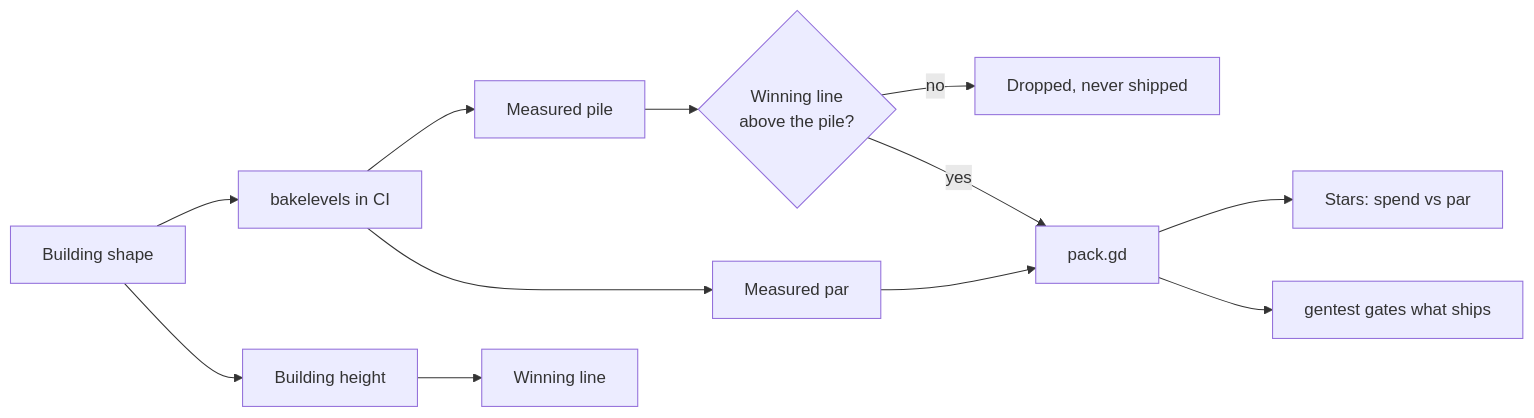
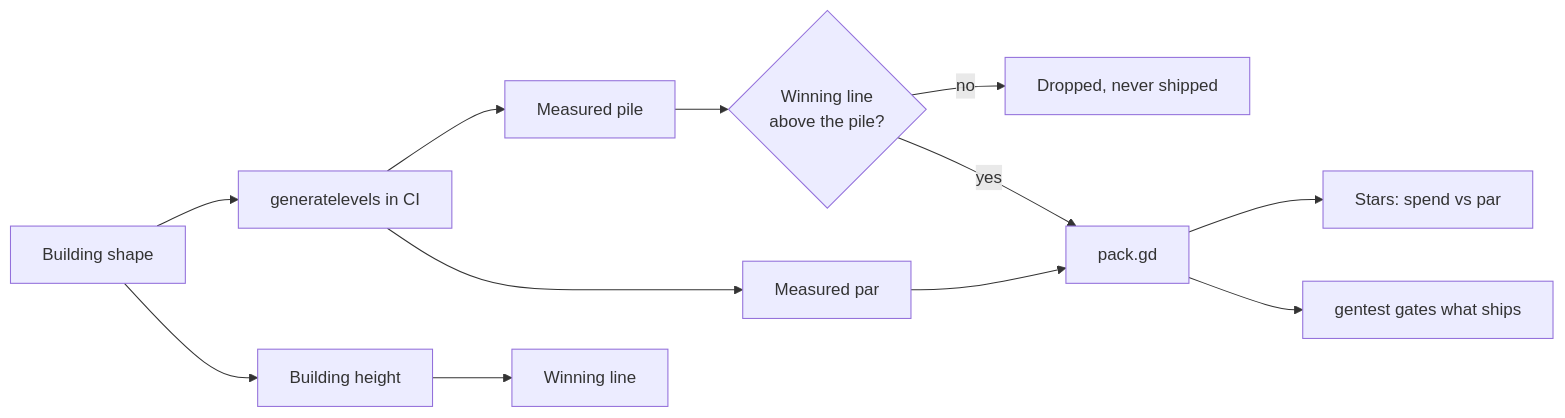
Before and after one commit to CoderCoop/CrumplZone: the second of 5 diagrams in ARCHITECTURE.md, drawn with Mermaid. The commit also changed other lines of this file and 23 other files, not shown here.

````diff
--- a/ARCHITECTURE.md
+++ b/ARCHITECTURE.md
@@ -290,14 +314,14 @@
 ```mermaid
 flowchart LR
-    shape[Building shape] --> bake[bakelevels in CI]
-    bake --> pile[Measured pile]
-    bake --> par[Measured par]
+    shape[Building shape] --> generate[generatelevels in CI]
+    generate --> pile[Measured pile]
+    generate --> par[Measured par]
     pile --> fit{Winning line<br/>above the pile?}
     fit -->|no| dropped[Dropped, never shipped]
     fit -->|yes| pack[pack.gd]
     par --> pack
     shape --> tall[Building height]
     tall --> line[Winning line]
     pack --> stars[Stars: spend vs par]
     pack --> gentest[gentest gates what ships]
 ```
````
